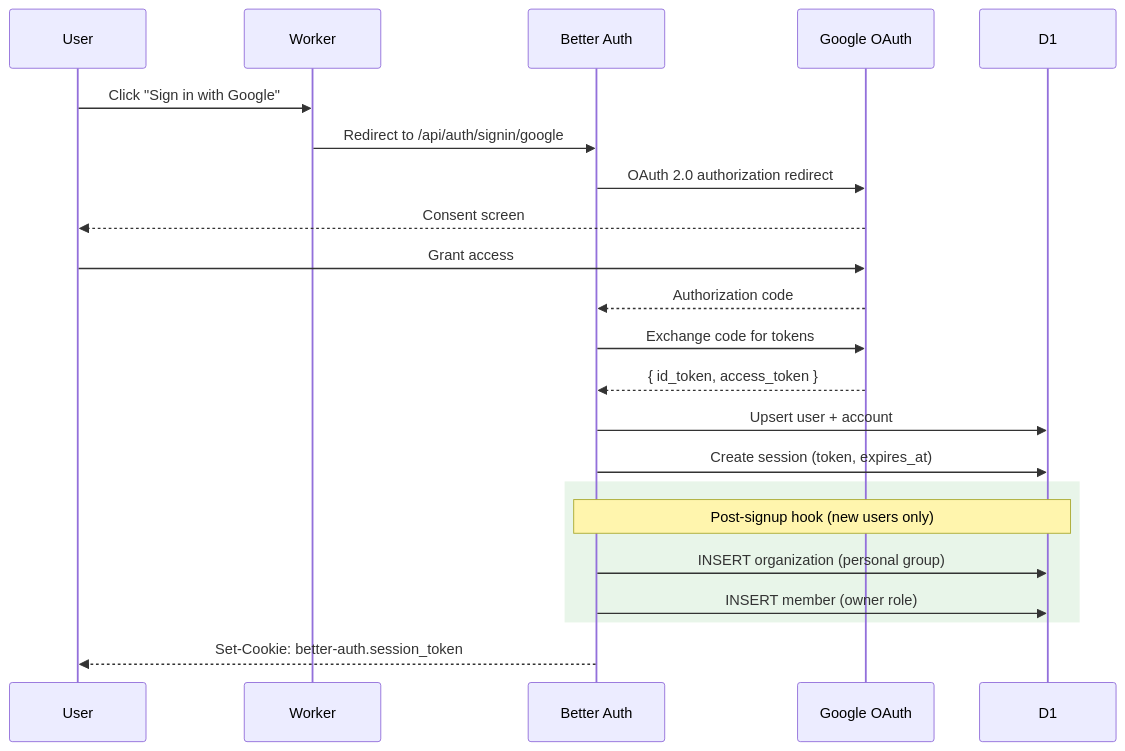
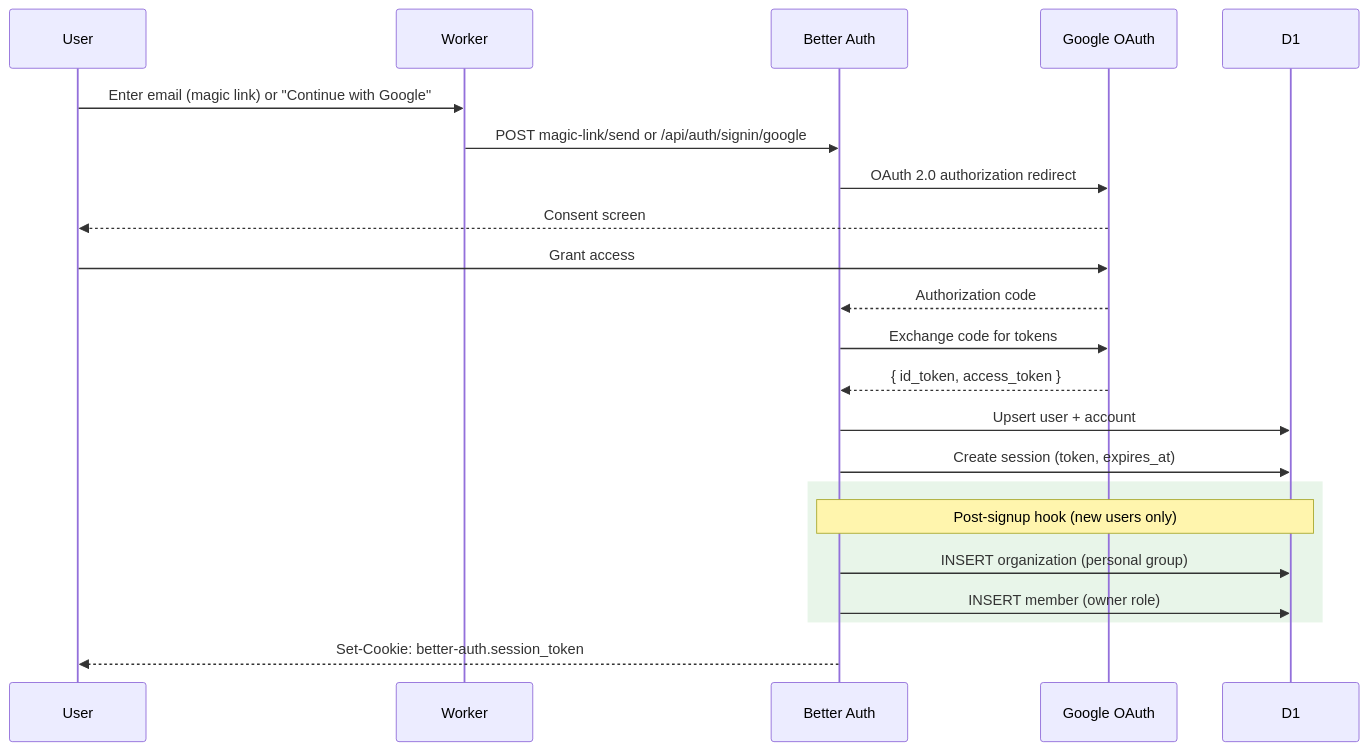
One commit to bjamesdowning/ration-mirror changed diagram 13 of 18 in README.md. Above: the diagram before and after it, drawn with Mermaid. The commit also changed other lines of this file and 14 other files, not shown here.

First line of the commit message:
[v1.0.1] Magic link auth, dev login, splash cleanup, privacy policy

````diff
--- a/README.md
+++ b/README.md
@@ -1016,28 +1018,28 @@
 ```mermaid
 sequenceDiagram
     participant User as User
     participant App as Worker
     participant Auth as Better Auth
     participant Google as Google OAuth
     participant D1 as D1
 
-    User->>App: Click "Sign in with Google"
-    App->>Auth: Redirect to /api/auth/signin/google
+    User->>App: Enter email (magic link) or "Continue with Google"
+    App->>Auth: POST magic-link/send or /api/auth/signin/google
     Auth->>Google: OAuth 2.0 authorization redirect
     Google-->>User: Consent screen
     User->>Google: Grant access
     Google-->>Auth: Authorization code
     Auth->>Google: Exchange code for tokens
     Google-->>Auth: { id_token, access_token }
 
     Auth->>D1: Upsert user + account
     Auth->>D1: Create session (token, expires_at)
 
     rect rgb(232, 245, 233)
         Note over Auth,D1: Post-signup hook (new users only)
         Auth->>D1: INSERT organization (personal group)
         Auth->>D1: INSERT member (owner role)
     end
 
     Auth-->>User: Set-Cookie: better-auth.session_token
 ```
````
